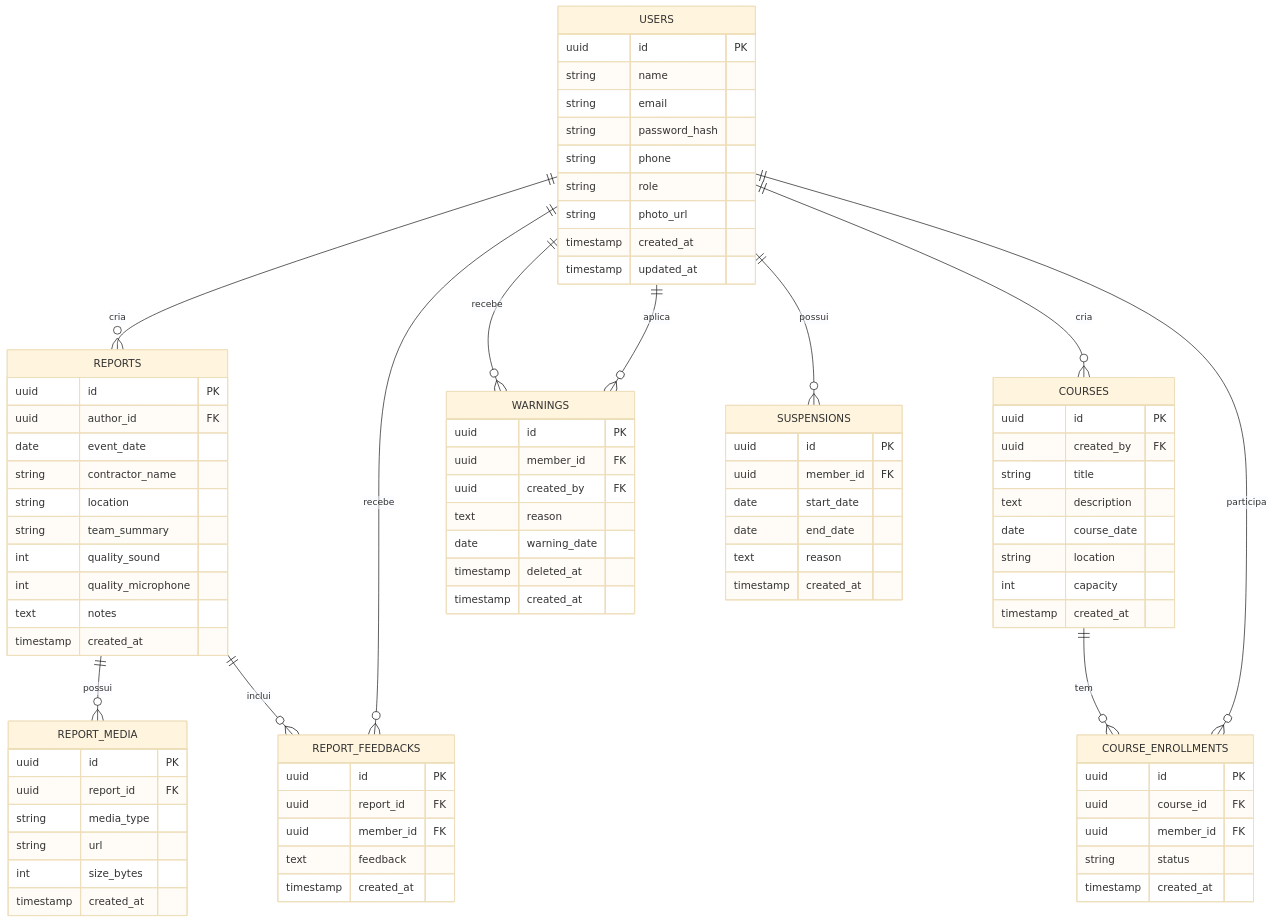
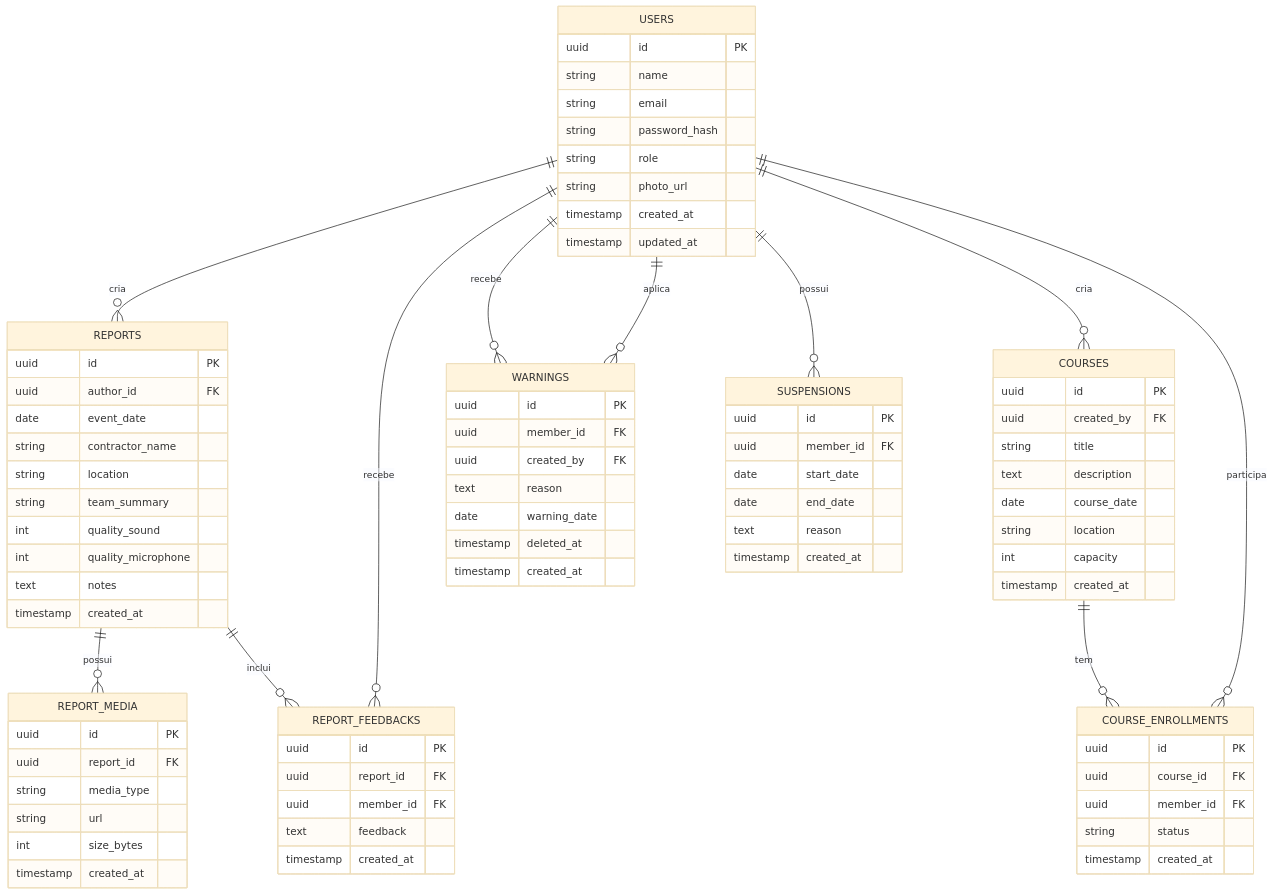
The diagram in docs/spec/03-modelo-dados.md (animacaoSoleLua/SistemaSL), drawn with Mermaid (base theme) before and after one commit. The commit also changed other lines of this file and 20 other files, not shown here.

```diff
--- a/docs/spec/03-modelo-dados.md
+++ b/docs/spec/03-modelo-dados.md
@@ -27,7 +27,6 @@
         string name
         string email
         string password_hash
-        string phone
         string role
         string photo_url
         timestamp created_at
```
